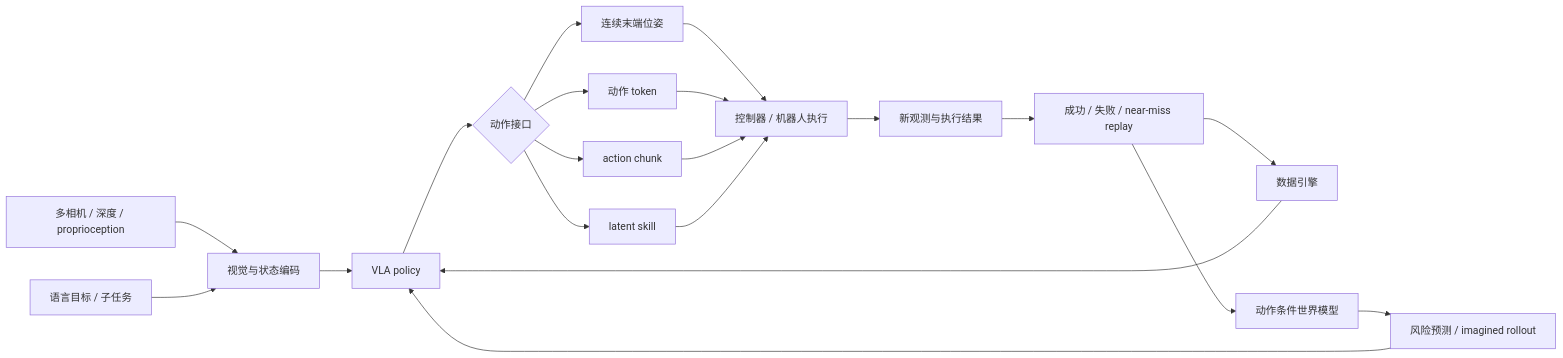
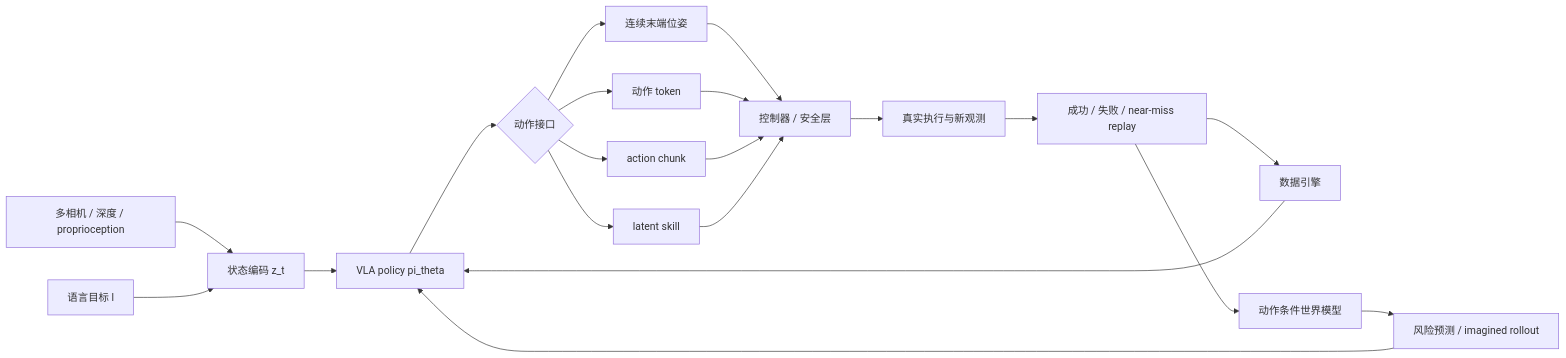
Before and after one commit to Charles2530/Charles-AI-notes: the diagram in files/vla/index.md, drawn with Mermaid. The commit also changed other lines of this file and 82 other files, not shown here.

````diff
--- a/files/vla/index.md
+++ b/files/vla/index.md
@@ -74,22 +60,22 @@
 ```mermaid
 flowchart LR
-    A["多相机 / 深度 / proprioception"] --> B["视觉与状态编码"]
-    C["语言目标 / 子任务"] --> B
-    B --> D["VLA policy"]
+    A["多相机 / 深度 / proprioception"] --> B["状态编码 z_t"]
+    C["语言目标 l"] --> B
+    B --> D["VLA policy pi_theta"]
     D --> E{"动作接口"}
     E --> E1["连续末端位姿"]
     E --> E2["动作 token"]
     E --> E3["action chunk"]
     E --> E4["latent skill"]
-    E1 --> F["控制器 / 机器人执行"]
+    E1 --> F["控制器 / 安全层"]
     E2 --> F
     E3 --> F
     E4 --> F
-    F --> G["新观测与执行结果"]
+    F --> G["真实执行与新观测"]
     G --> H["成功 / 失败 / near-miss replay"]
     H --> I["数据引擎"]
     I --> D
     H --> J["动作条件世界模型"]
     J --> K["风险预测 / imagined rollout"]
     K --> D
 ```
````
